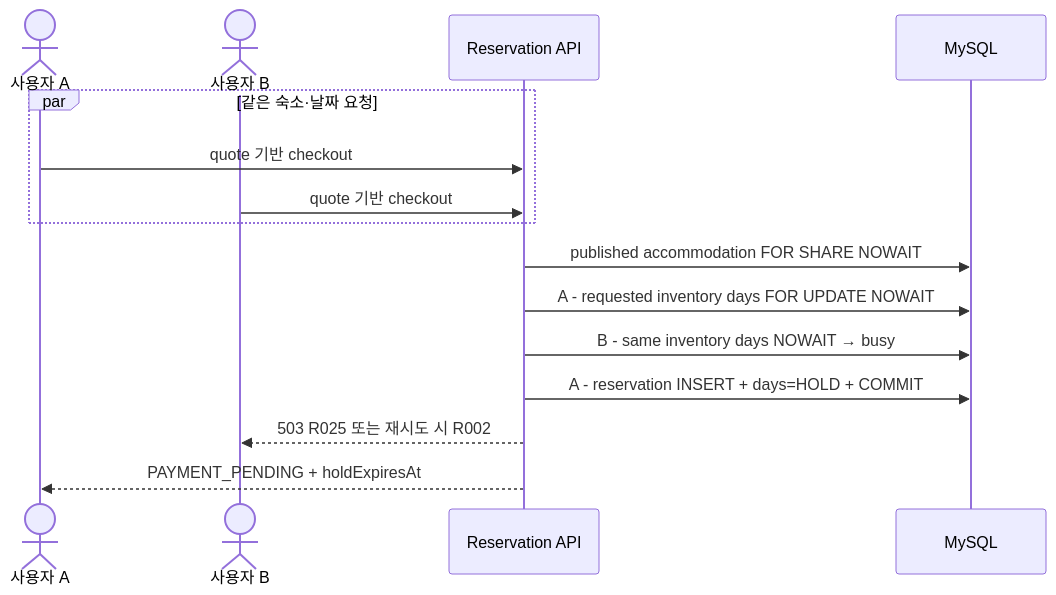
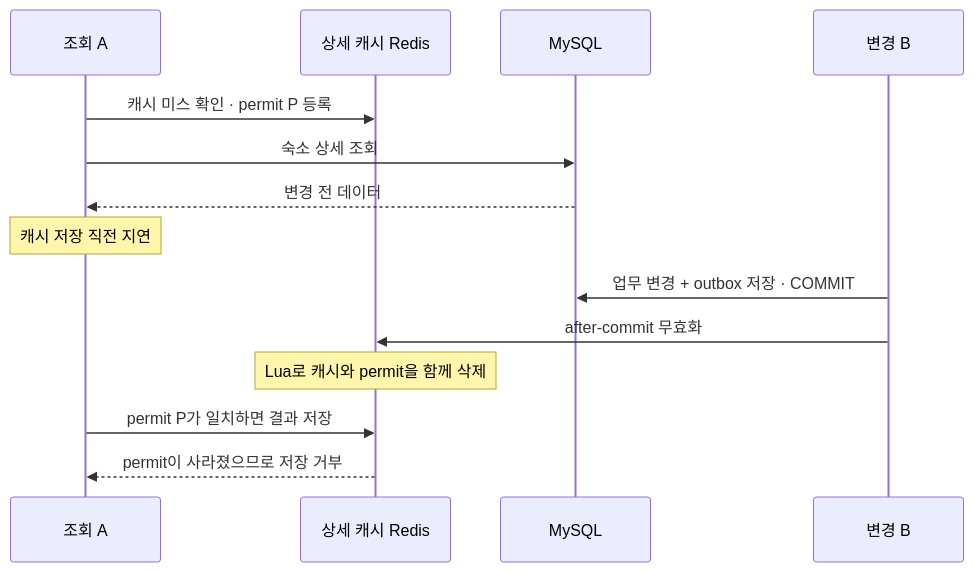
The second of 5 diagrams in README.md (eeoos/airbob), drawn with Mermaid before and after one commit. The commit also changed other lines of this file and 1 other file, not shown here.

````diff
--- a/README.md
+++ b/README.md
@@ -68,18 +48,19 @@
 ```mermaid
 sequenceDiagram
-    actor A as 사용자 A
-    actor B as 사용자 B
-    participant API as Reservation API
+    participant A as 조회 A
+    participant R as 상세 캐시 Redis
     participant DB as MySQL
+    participant B as 변경 B
 
-    par 같은 숙소·날짜 요청
-        A->>API: quote 기반 checkout
-        B->>API: quote 기반 checkout
-    end
-    API->>DB: published accommodation FOR SHARE NOWAIT
-    API->>DB: A - requested inventory days FOR UPDATE NOWAIT
-    API->>DB: B - same inventory days NOWAIT → busy
-    API->>DB: A - reservation INSERT + days=HOLD + COMMIT
-    API-->>B: 503 R025 또는 재시도 시 R002
-    API-->>A: PAYMENT_PENDING + holdExpiresAt
+    A->>R: 캐시 미스 확인 · permit P 등록
+    A->>DB: 숙소 상세 조회
+    DB-->>A: 변경 전 데이터
+    Note over A: 캐시 저장 직전 지연
+
+    B->>DB: 업무 변경 + outbox 저장 · COMMIT
+    B->>R: after-commit 무효화
+    Note over R: Lua로 캐시와 permit을 함께 삭제
+
+    A->>R: permit P가 일치하면 결과 저장
+    R-->>A: permit이 사라졌으므로 저장 거부
 ```
````
